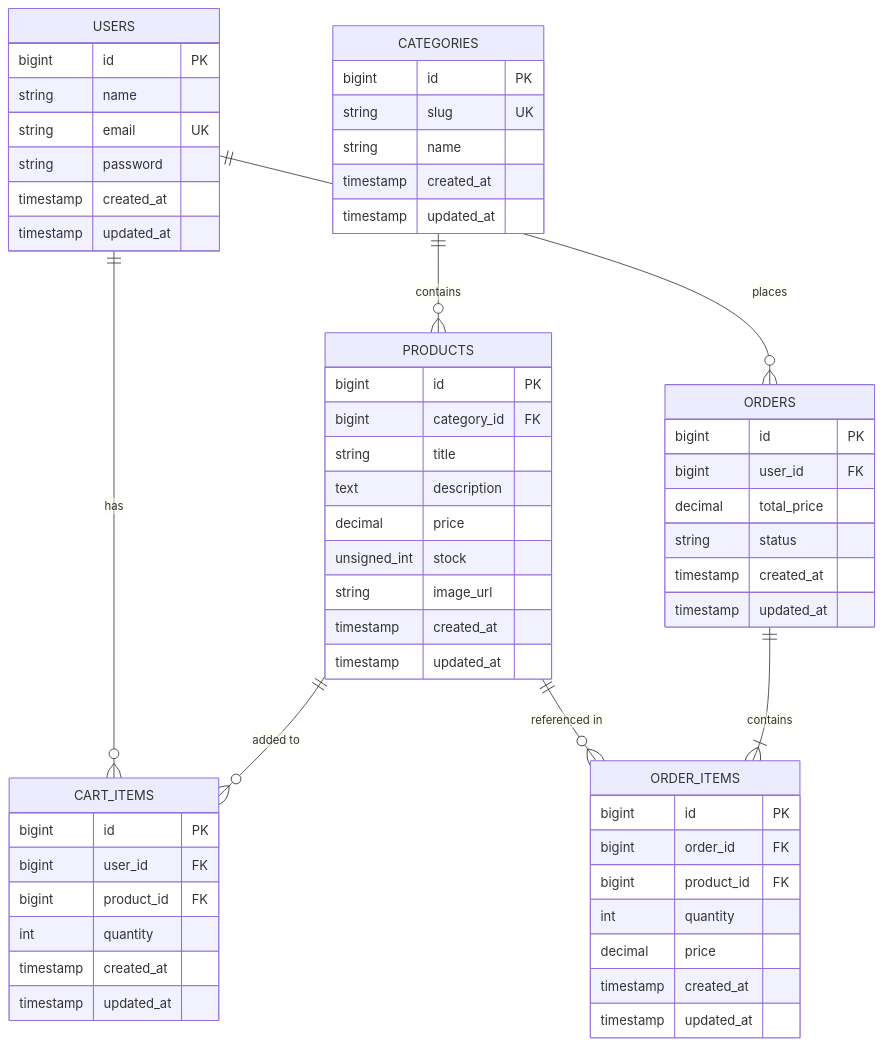
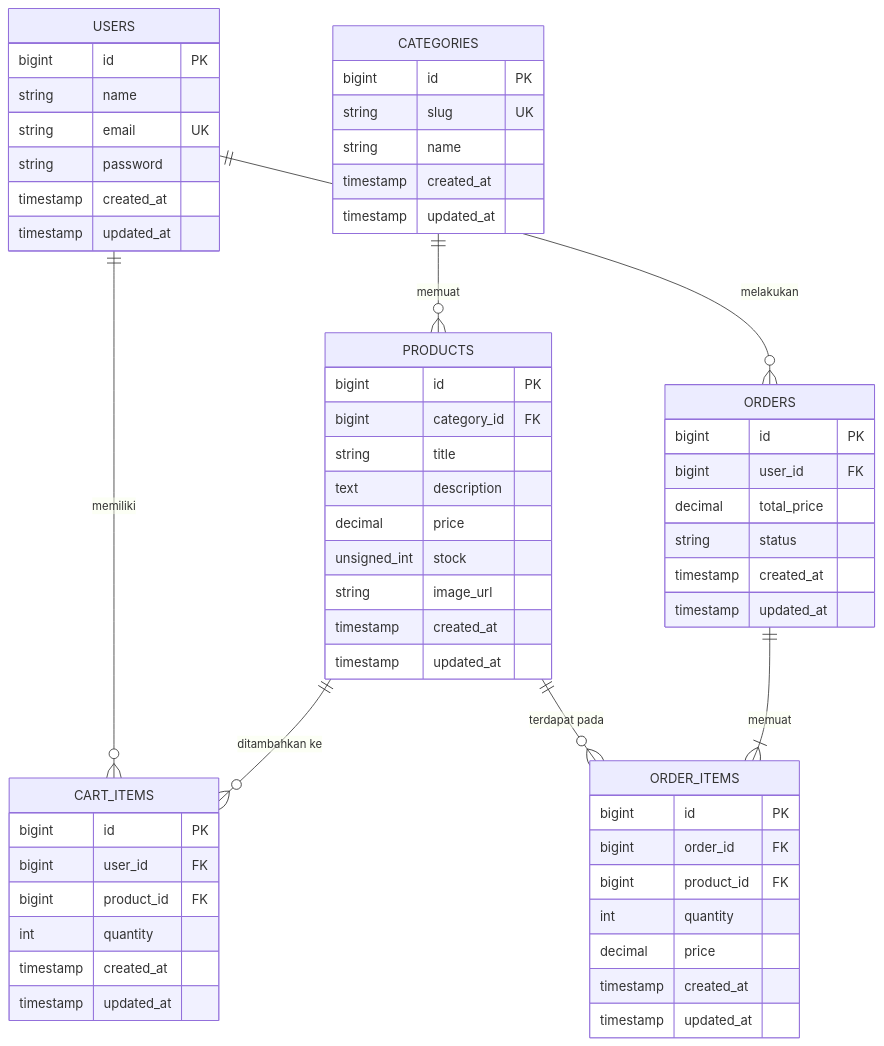
One commit to Vyrooo/Talenavi changed the diagram in README.md. Above: the diagram before and after it, drawn with Mermaid. The commit also changed other lines of this file, not shown here.

````diff
--- a/README.md
+++ b/README.md
@@ -101,66 +102,66 @@
 ```mermaid
 erDiagram
-    USERS ||--o{ CART_ITEMS : "has"
-    USERS ||--o{ ORDERS : "places"
-    CATEGORIES ||--o{ PRODUCTS : "contains"
-    PRODUCTS ||--o{ CART_ITEMS : "added to"
-    PRODUCTS ||--o{ ORDER_ITEMS : "referenced in"
-    ORDERS ||--|{ ORDER_ITEMS : "contains"
+    USERS ||--o{ CART_ITEMS : "memiliki"
+    USERS ||--o{ ORDERS : "melakukan"
+    CATEGORIES ||--o{ PRODUCTS : "memuat"
+    PRODUCTS ||--o{ CART_ITEMS : "ditambahkan ke"
+    PRODUCTS ||--o{ ORDER_ITEMS : "terdapat pada"
+    ORDERS ||--|{ ORDER_ITEMS : "memuat"
 
     USERS {
         bigint id PK
         string name
         string email UK
         string password
         timestamp created_at
         timestamp updated_at
     }
 
     CATEGORIES {
         bigint id PK
         string slug UK
         string name
         timestamp created_at
         timestamp updated_at
     }
 
     PRODUCTS {
         bigint id PK
         bigint category_id FK
         string title
         text description
         decimal price
         unsigned_int stock
         string image_url
         timestamp created_at
         timestamp updated_at
     }
 
     CART_ITEMS {
         bigint id PK
         bigint user_id FK
         bigint product_id FK
         int quantity
         timestamp created_at
         timestamp updated_at
     }
 
     ORDERS {
         bigint id PK
         bigint user_id FK
         decimal total_price
         string status
         timestamp created_at
         timestamp updated_at
     }
 
     ORDER_ITEMS {
         bigint id PK
         bigint order_id FK
         bigint product_id FK
         int quantity
         decimal price
         timestamp created_at
         timestamp updated_at
     }
 ```
````
